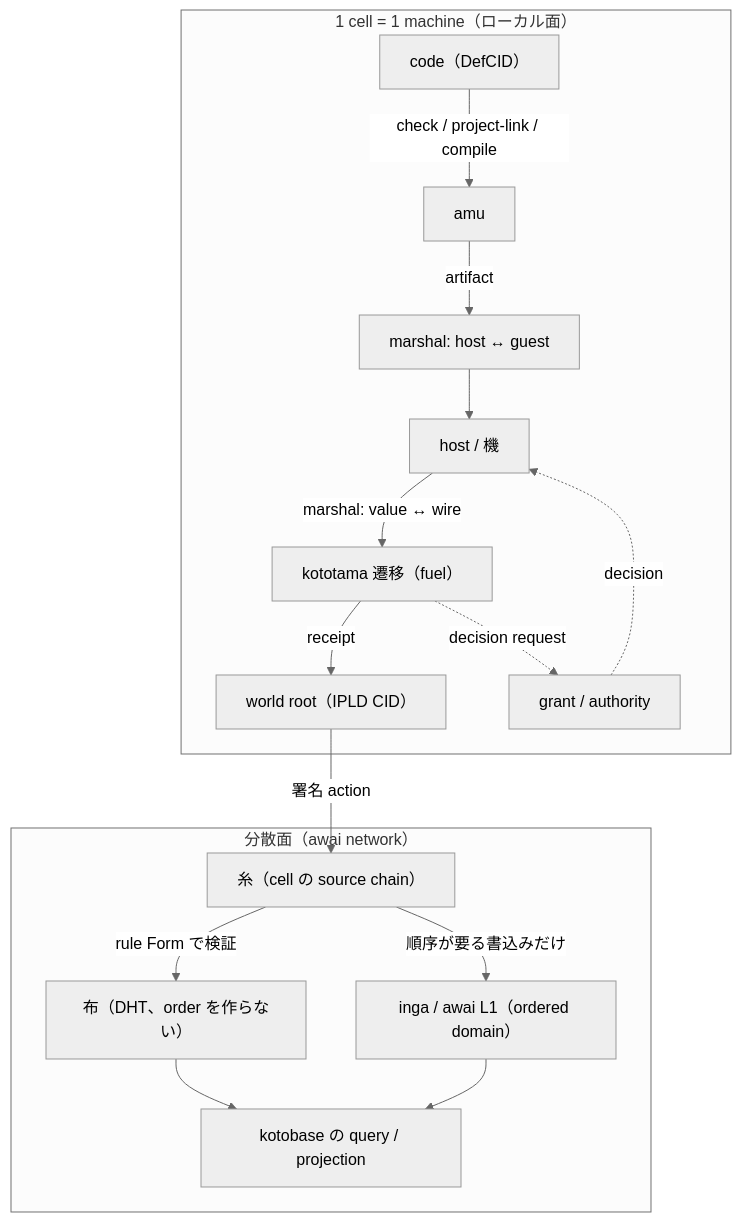
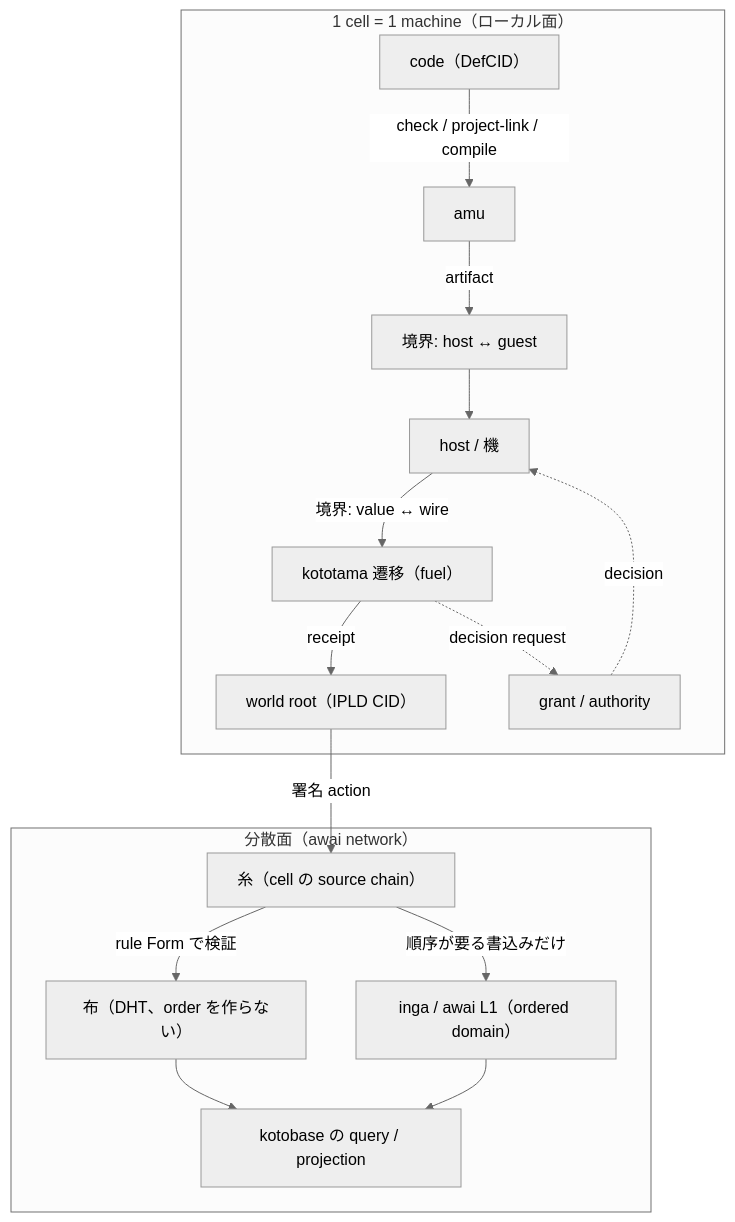
Before and after one commit to kotoba-lang/kotoba-lang: the diagram in docs/kotoba-lisp-machine-design.ja.md, drawn with Mermaid (neutral theme). The commit also changed other lines of this file and 2 other files, not shown here.

First line of the commit message:
docs: rename kotoba marshal to boundary encoding; title the design Kotoba Lisp machine (JUN-182)

````diff
--- a/docs/kotoba-lisp-machine-design.ja.md
+++ b/docs/kotoba-lisp-machine-design.ja.md
@@ -95,19 +95,19 @@
 ```mermaid
 flowchart TB
   subgraph local["1 cell = 1 machine（ローカル面）"]
     Code["code（DefCID）"] -->|check / project-link / compile| AMU["amu"]
-    AMU -->|artifact| M1["marshal: host ↔ guest"]
+    AMU -->|artifact| M1["境界: host ↔ guest"]
     M1 --> Host["host / 機"]
-    Host -->|marshal: value ↔ wire| VM["kototama 遷移（fuel）"]
+    Host -->|境界: value ↔ wire| VM["kototama 遷移（fuel）"]
     VM -->|receipt| World["world root（IPLD CID）"]
     VM -.->|decision request| Grant["grant / authority"]
     Grant -.->|decision| Host
   end
   subgraph net["分散面（awai network）"]
     World -->|署名 action| Ito["糸（cell の source chain）"]
     Ito -->|rule Form で検証| Nuno["布（DHT、order を作らない）"]
     Ito -->|順序が要る書込みだけ| Inga["inga / awai L1（ordered domain）"]
     Nuno --> View["kotobase の query / projection"]
     Inga --> View
   end
 ```
````
